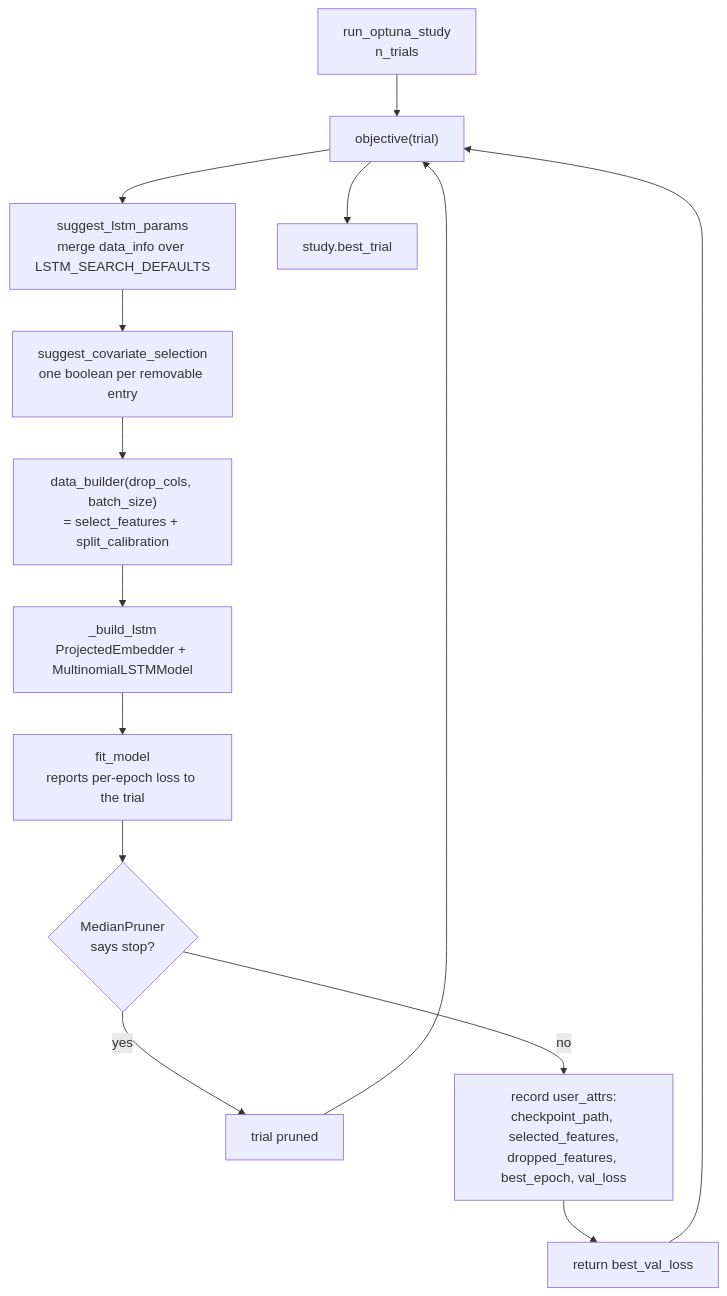
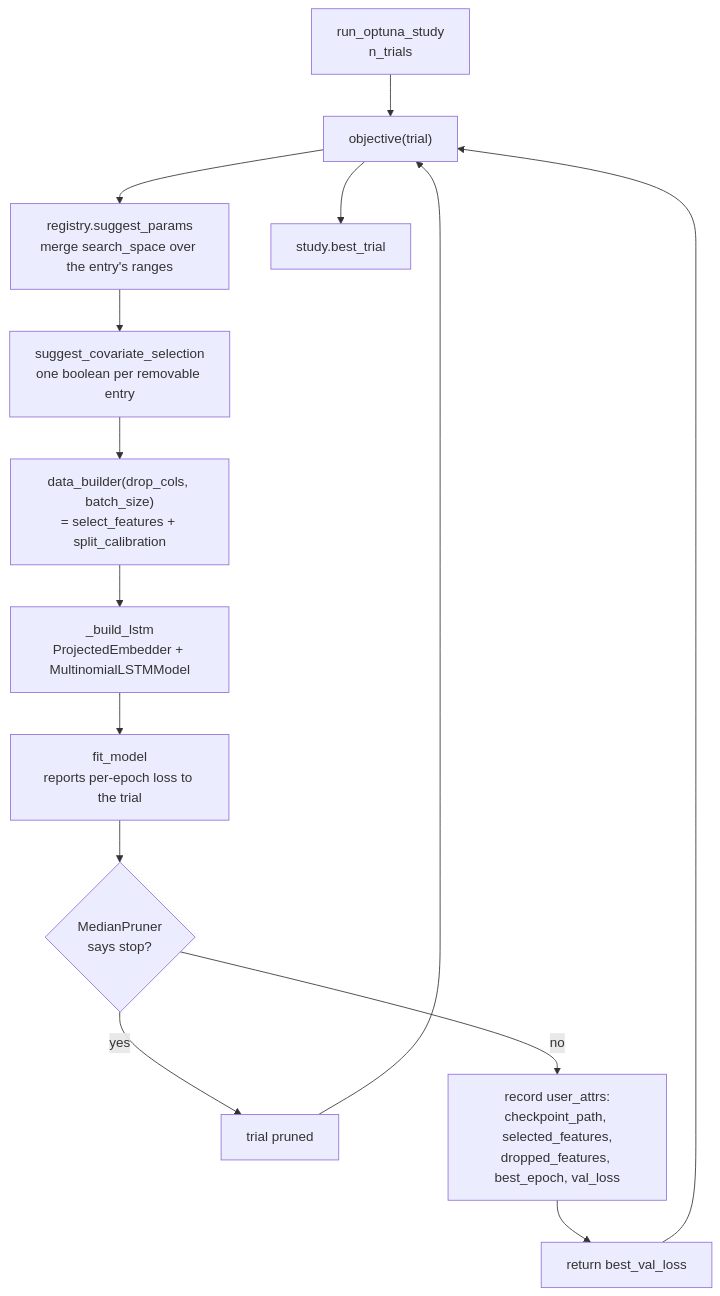
The second of 3 diagrams in docs/running-a-model.md (HuberPablo/panelclv), drawn with Mermaid before and after one commit. The commit also changed other lines of this file and 28 other files, not shown here.

````diff
--- a/docs/running-a-model.md
+++ b/docs/running-a-model.md
@@ -518,16 +523,16 @@
 ```mermaid
 flowchart TD
     START["run_optuna_study<br/>n_trials"] --> T["objective(trial)"]
-    T --> SP["suggest_lstm_params<br/>merge data_info over LSTM_SEARCH_DEFAULTS"]
+    T --> SP["registry.suggest_params<br/>merge search_space over the entry's ranges"]
     SP --> CS["suggest_covariate_selection<br/>one boolean per removable entry"]
     CS --> DB["data_builder(drop_cols, batch_size)<br/>= select_features + split_calibration"]
     DB --> BM["_build_lstm<br/>ProjectedEmbedder + MultinomialLSTMModel"]
     BM --> FIT["fit_model<br/>reports per-epoch loss to the trial"]
     FIT --> PRUNE{"MedianPruner<br/>says stop?"}
     PRUNE -->|yes| KILL["trial pruned"]
     PRUNE -->|no| UA["record user_attrs:<br/>checkpoint_path, selected_features,<br/>dropped_features, best_epoch, val_loss"]
     UA --> RET["return best_val_loss"]
     RET --> T
     KILL --> T
     T --> BEST["study.best_trial"]
 ```
````
